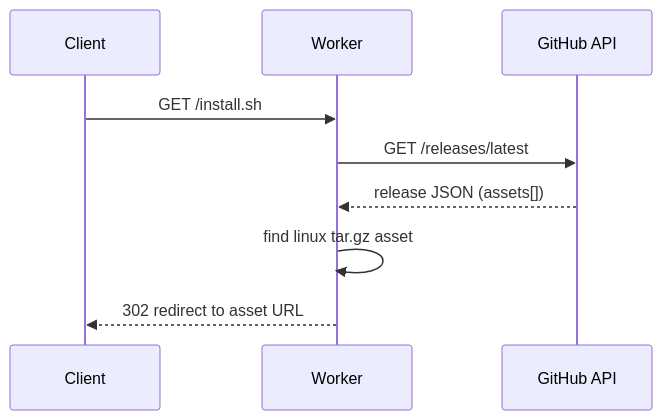
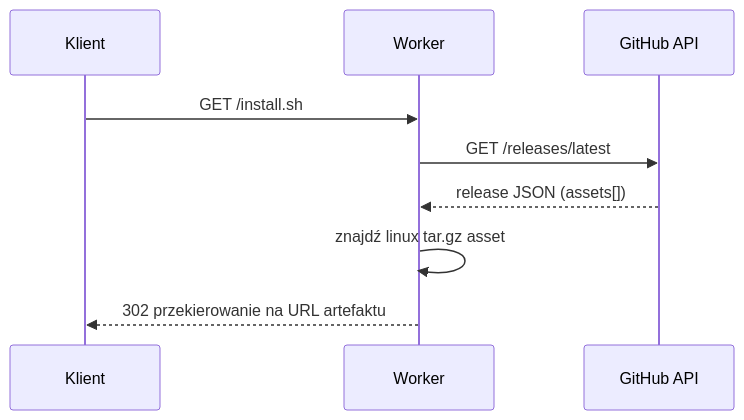
The diagram in scripts-workers.md (leszek3737/librefang-WIki), drawn with Mermaid before and after one commit. The commit also changed other lines of this file and 104 other files, not shown here.

````diff
--- a/scripts-workers.md
+++ b/scripts-workers.md
@@ -24,11 +24,11 @@
 ```mermaid
 sequenceDiagram
-    participant Client
+    participant Klient
     participant Worker
     participant GitHub API
-    Client->>Worker: GET /install.sh
+    Klient->>Worker: GET /install.sh
     Worker->>GitHub API: GET /releases/latest
     GitHub API-->>Worker: release JSON (assets[])
-    Worker->>Worker: find linux tar.gz asset
-    Worker-->>Client: 302 redirect to asset URL
+    Worker->>Worker: znajdź linux tar.gz asset
+    Worker-->>Klient: 302 przekierowanie na URL artefaktu
 ```
````
